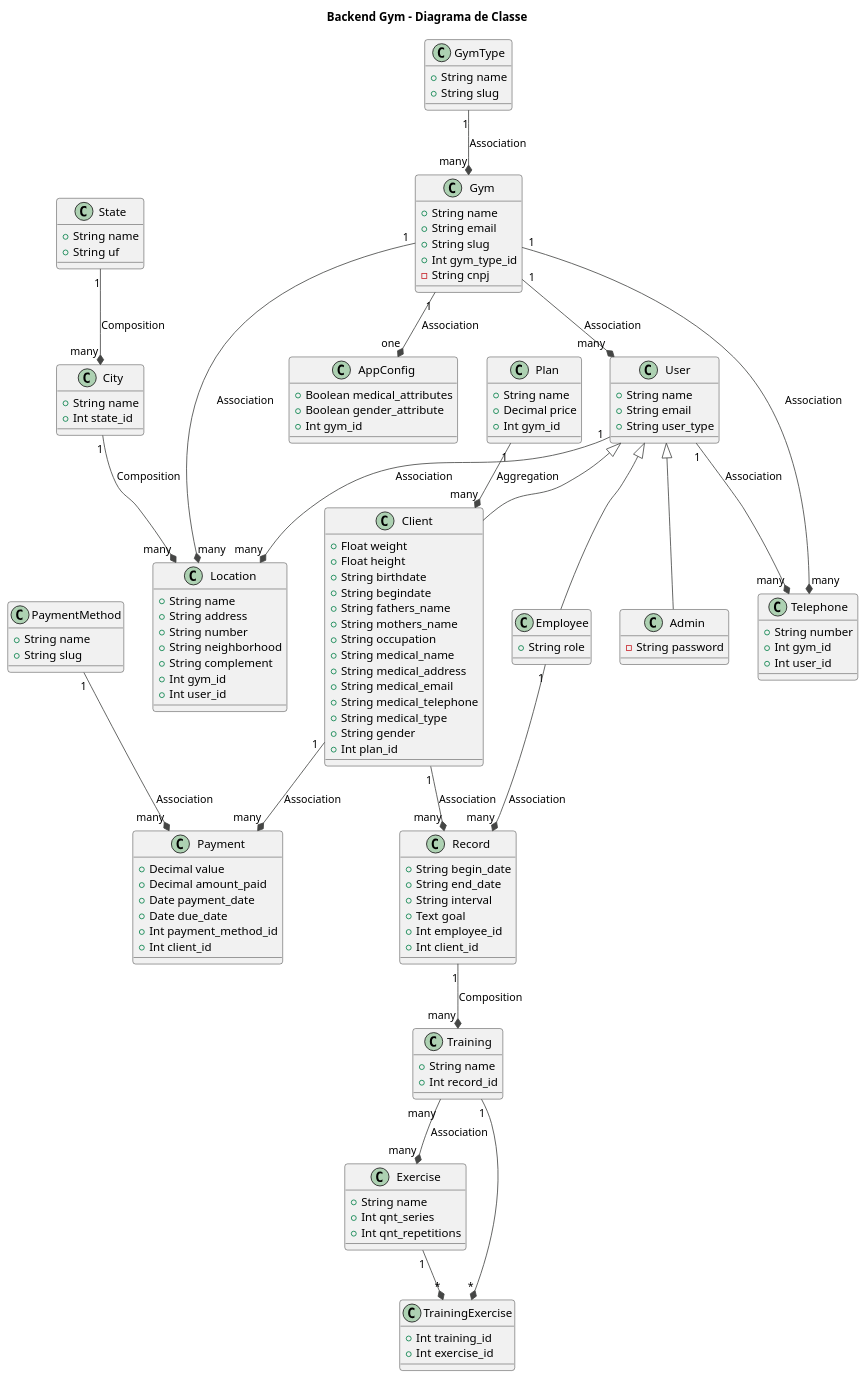
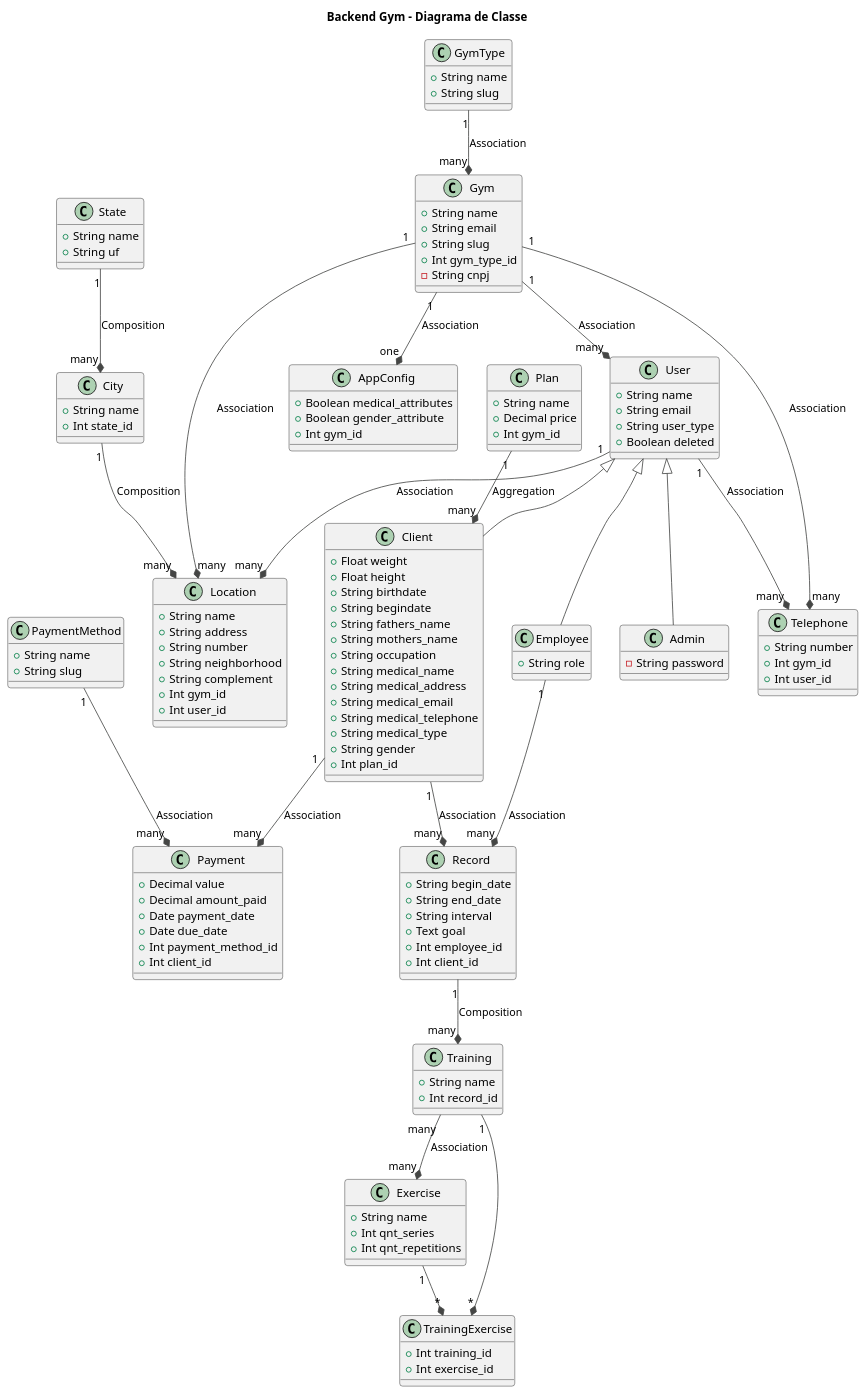
One commit to Luiz-Bernardes/backend-gym changed the diagram in docs/class_diagram.md. Above: the diagram before and after it, drawn with PlantUML. The commit also changed 10 other files, not shown here.

```diff
--- a/docs/class_diagram.md
+++ b/docs/class_diagram.md
@@ -56,6 +56,7 @@
   +String name
   +String email
   +String user_type
+  +Boolean deleted
 }
 
 class Admin extends User {
```
